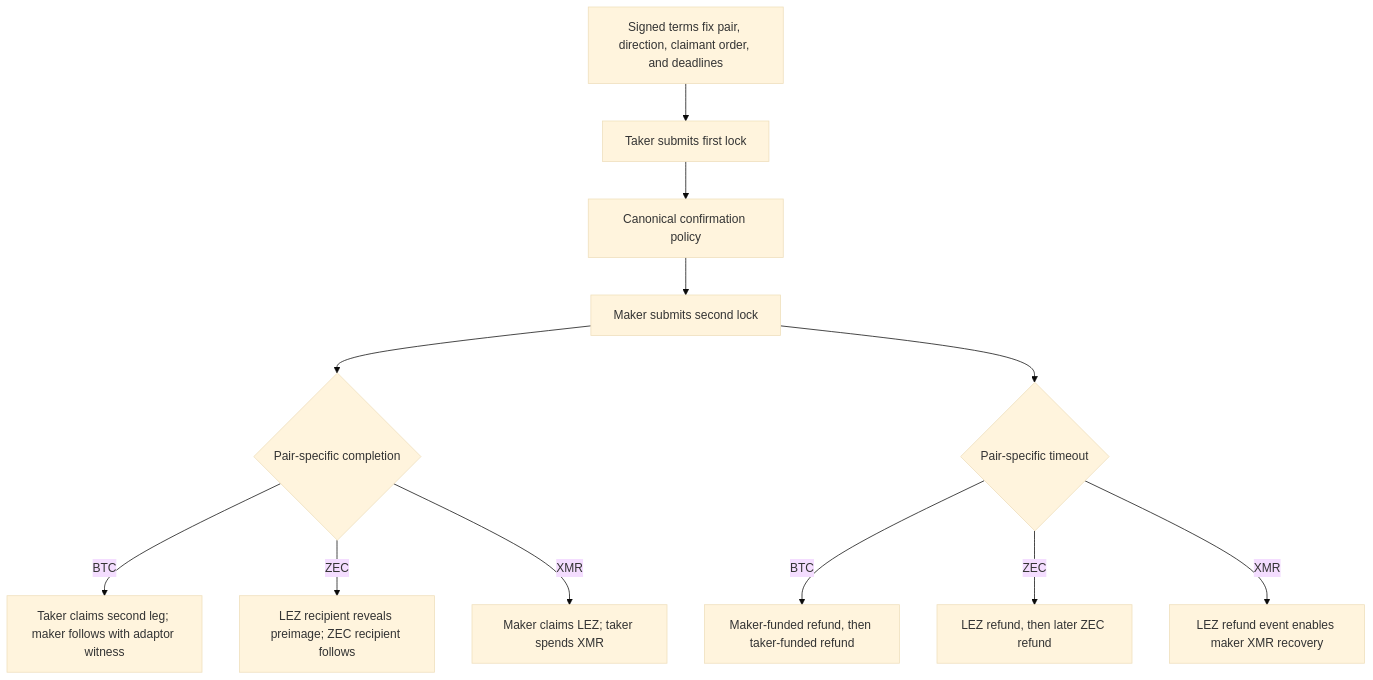
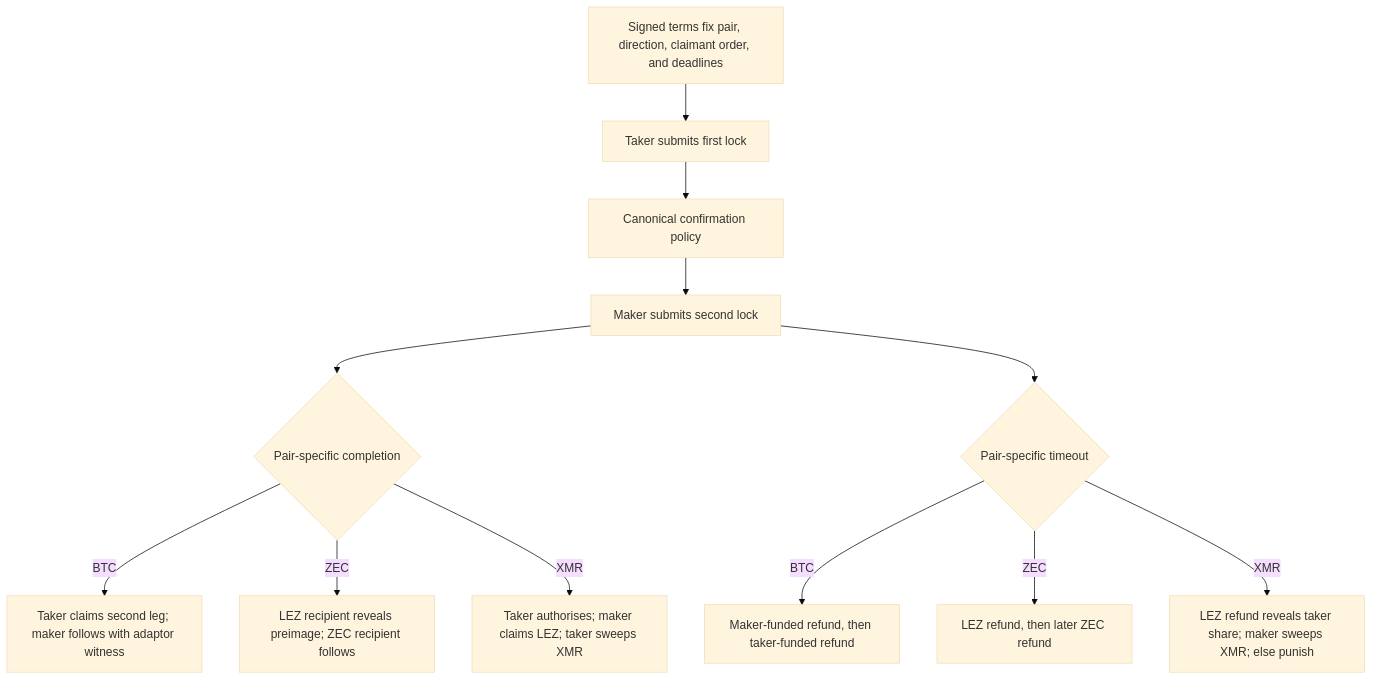
Before and after one commit to gateway-fm/lez-atomic-swaps: the first of 2 diagrams in docs/milestone-1/protocol-design.md, drawn with Mermaid (base theme). The commit also changed other lines of this file and 3 other files, not shown here.

````diff
--- a/docs/milestone-1/protocol-design.md
+++ b/docs/milestone-1/protocol-design.md
@@ -12,14 +15,14 @@
 ```mermaid
 flowchart TB
     Terms["Signed terms fix pair, direction, claimant order, and deadlines"] --> TakerLock["Taker submits first lock"]
     TakerLock --> Confirm["Canonical confirmation policy"]
     Confirm --> MakerLock["Maker submits second lock"]
     MakerLock --> Construction{"Pair-specific completion"}
     Construction -->|BTC| BTC["Taker claims second leg; maker follows with adaptor witness"]
     Construction -->|ZEC| ZEC["LEZ recipient reveals preimage; ZEC recipient follows"]
-    Construction -->|XMR| XMR["Maker claims LEZ; taker spends XMR"]
+    Construction -->|XMR| XMR["Taker authorises; maker claims LEZ; taker sweeps XMR"]
     MakerLock --> Recovery{"Pair-specific timeout"}
     Recovery -->|BTC| BR["Maker-funded refund, then taker-funded refund"]
     Recovery -->|ZEC| ZR["LEZ refund, then later ZEC refund"]
-    Recovery -->|XMR| XR["LEZ refund event enables maker XMR recovery"]
+    Recovery -->|XMR| XR["LEZ refund reveals taker share; maker sweeps XMR; else punish"]
 ```
````
